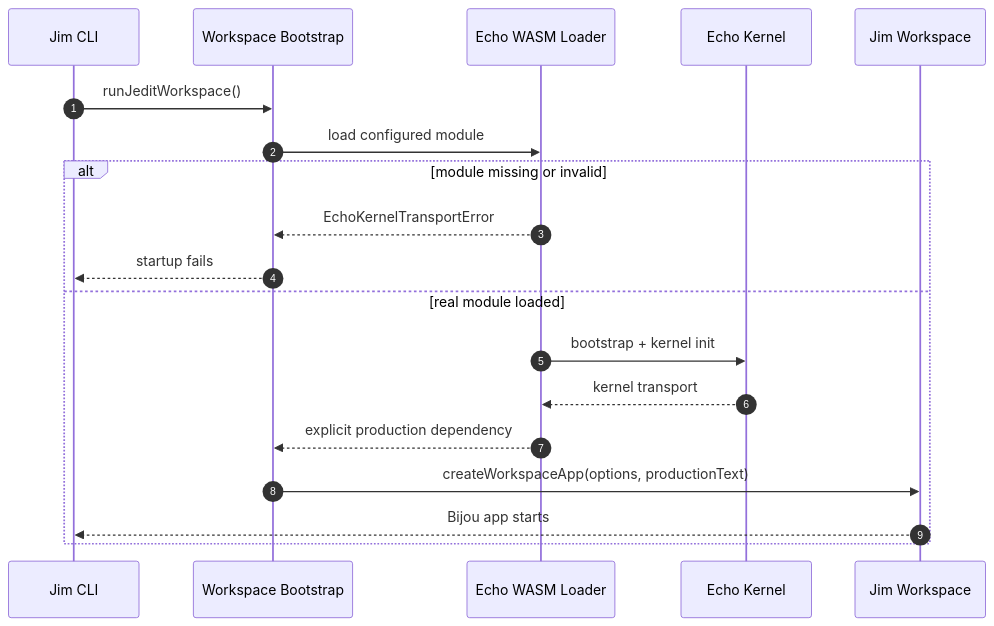
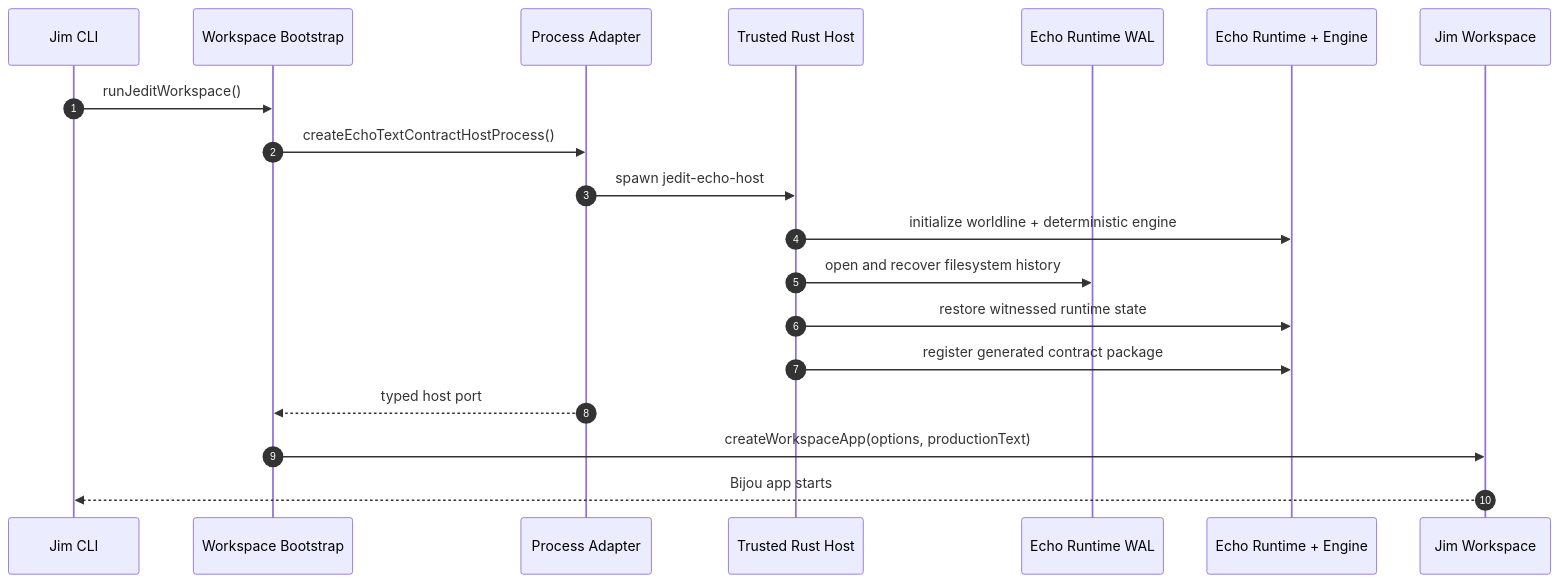
One commit to flyingrobots/jedit changed the first of 2 diagrams in docs/jedit-echo-end-to-end.md. Above: the diagram before and after it, drawn with Mermaid. The commit also changed other lines of this file and 47 other files, not shown here.

Commit message:
Add real Echo text operation corridor

````diff
--- a/docs/jedit-echo-end-to-end.md
+++ b/docs/jedit-echo-end-to-end.md
@@ -42,22 +128,22 @@
 ```mermaid
 sequenceDiagram
     autonumber
     participant CLI as Jim CLI
     participant Boot as Workspace Bootstrap
-    participant Loader as Echo WASM Loader
-    participant Echo as Echo Kernel
+    participant TS as Process Adapter
+    participant Host as Trusted Rust Host
+    participant WAL as Echo Runtime WAL
+    participant Echo as Echo Runtime + Engine
     participant App as Jim Workspace
 
     CLI->>Boot: runJeditWorkspace()
-    Boot->>Loader: load configured module
-    alt module missing or invalid
-        Loader-->>Boot: EchoKernelTransportError
-        Boot-->>CLI: startup fails
-    else real module loaded
-        Loader->>Echo: bootstrap + kernel init
-        Echo-->>Loader: kernel transport
-        Loader-->>Boot: explicit production dependency
-        Boot->>App: createWorkspaceApp(options, productionText)
-        App-->>CLI: Bijou app starts
-    end
+    Boot->>TS: createEchoTextContractHostProcess()
+    TS->>Host: spawn jedit-echo-host
+    Host->>Echo: initialize worldline + deterministic engine
+    Host->>WAL: open and recover filesystem history
+    Host->>Echo: restore witnessed runtime state
+    Host->>Echo: register generated contract package
+    TS-->>Boot: typed host port
+    Boot->>App: createWorkspaceApp(options, productionText)
+    App-->>CLI: Bijou app starts
 ```
````
